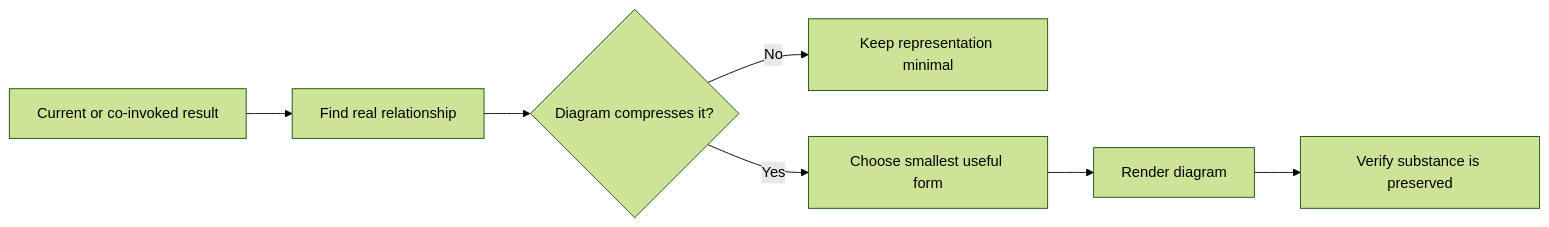
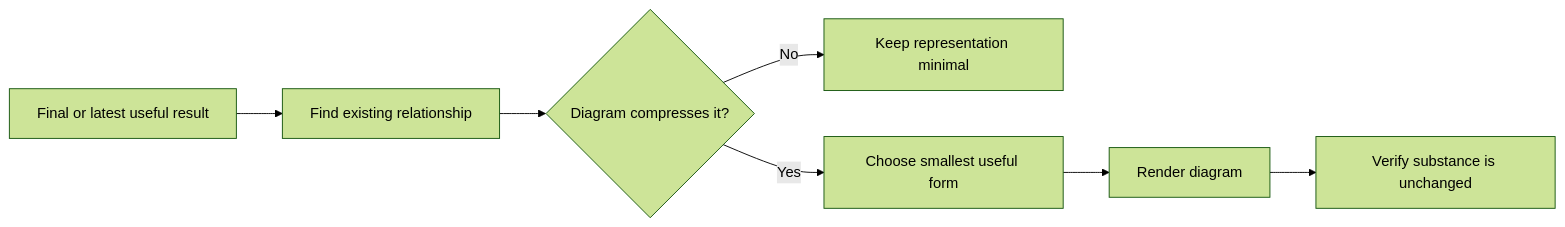
One commit to control-decks/think-it-through changed the diagram in plugins/think-it-through/skills/think-with-diagrams/SKILL.md. Above: the diagram before and after it, drawn with Mermaid (forest theme). The commit also changed other lines of this file and 18 other files, not shown here.

````diff
--- a/plugins/think-it-through/skills/think-with-diagrams/SKILL.md
+++ b/plugins/think-it-through/skills/think-with-diagrams/SKILL.md
@@ -20,9 +19,9 @@
 ```mermaid
 flowchart LR
-    A["Current or co-invoked result"] --> B["Find real relationship"]
+    A["Final or latest useful result"] --> B["Find existing relationship"]
     B --> C{"Diagram compresses it?"}
     C -->|No| D["Keep representation minimal"]
     C -->|Yes| E["Choose smallest useful form"]
     E --> F["Render diagram"]
-    F --> G["Verify substance is preserved"]
+    F --> G["Verify substance is unchanged"]
 ```
````
